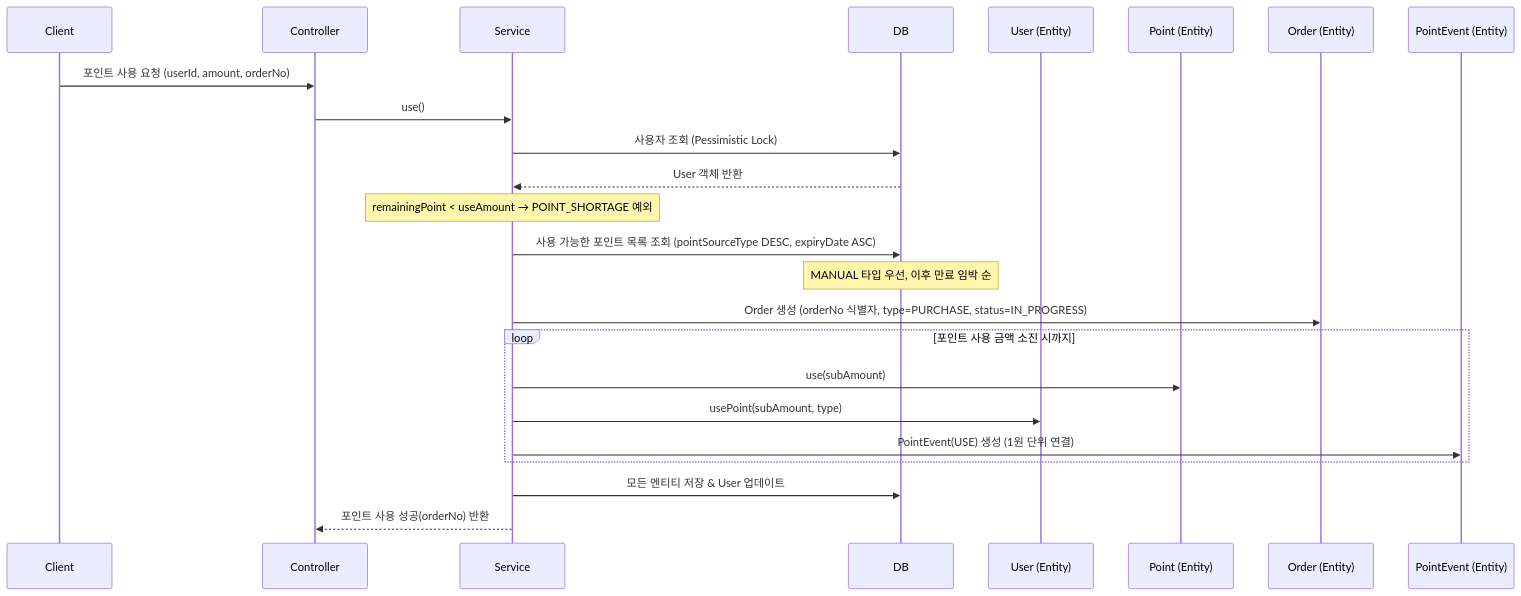
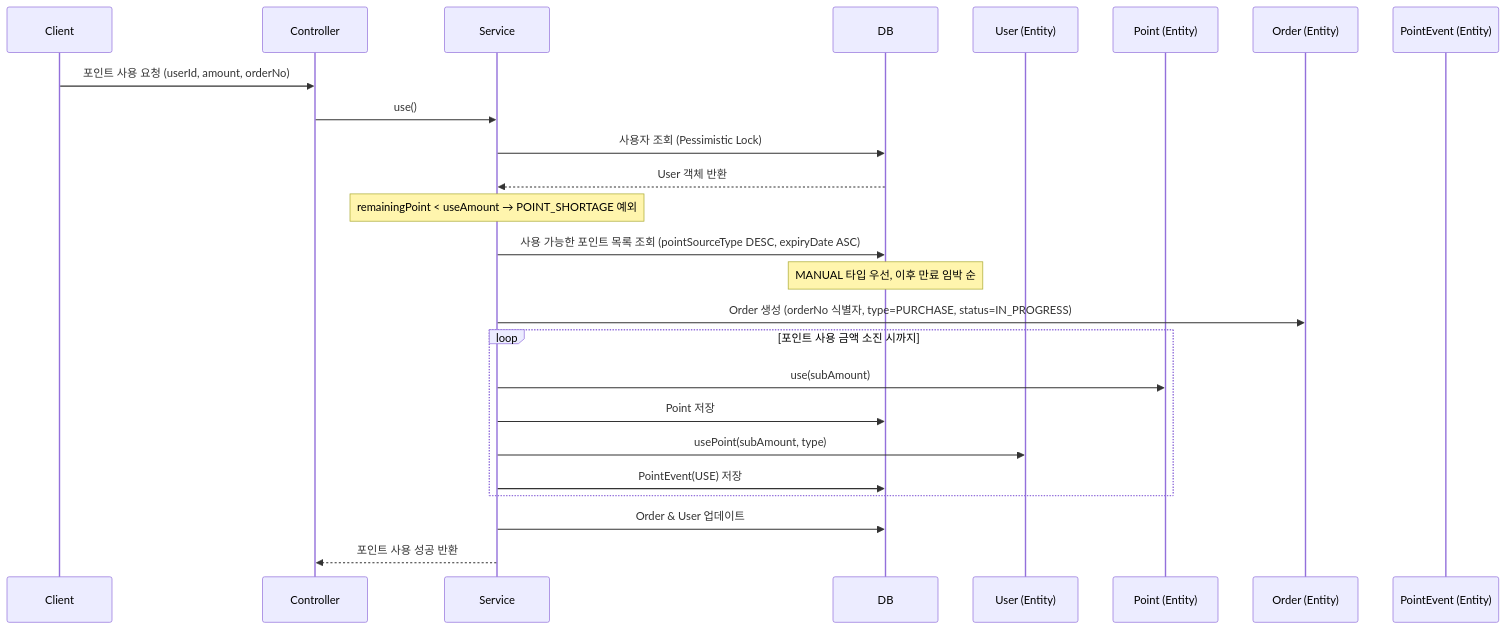
The third of 4 diagrams in README.md (muzzaiwork/point), drawn with Mermaid before and after one commit. The commit also changed other lines of this file and 4 other files, not shown here.

Commit message:
docs: README 로직 불일치 수정 및 포인트 사용 응답에서 pointKey 제거

````diff
--- a/README.md
+++ b/README.md
@@ -411,27 +407,28 @@
 ```mermaid
 sequenceDiagram
     participant Client
     participant Controller
     participant Service
     participant DB
     participant UserEntity as User (Entity)
     participant PointEntity as Point (Entity)
     participant OrderEntity as Order (Entity)
     participant EventEntity as PointEvent (Entity)
 
     Client->>Controller: 포인트 사용 요청 (userId, amount, orderNo)
     Controller->>Service: use()
     Service->>DB: 사용자 조회 (Pessimistic Lock)
     DB-->>Service: User 객체 반환
     Note over Service: remainingPoint < useAmount → POINT_SHORTAGE 예외
     Service->>DB: 사용 가능한 포인트 목록 조회 (pointSourceType DESC, expiryDate ASC)
     Note over DB: MANUAL 타입 우선, 이후 만료 임박 순
     Service->>OrderEntity: Order 생성 (orderNo 식별자, type=PURCHASE, status=IN_PROGRESS)
     loop 포인트 사용 금액 소진 시까지
         Service->>PointEntity: use(subAmount)
+        Service->>DB: Point 저장
         Service->>UserEntity: usePoint(subAmount, type)
-        Service->>EventEntity: PointEvent(USE) 생성 (1원 단위 연결)
+        Service->>DB: PointEvent(USE) 저장
     end
-    Service->>DB: 모든 엔티티 저장 & User 업데이트
-    Service-->>Controller: 포인트 사용 성공(orderNo) 반환
+    Service->>DB: Order & User 업데이트
+    Service-->>Controller: 포인트 사용 성공 반환
 ```
````
